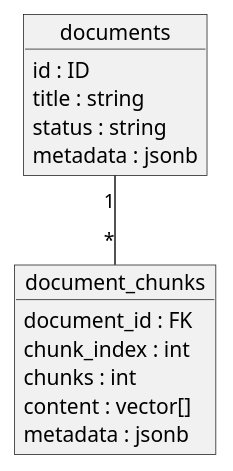
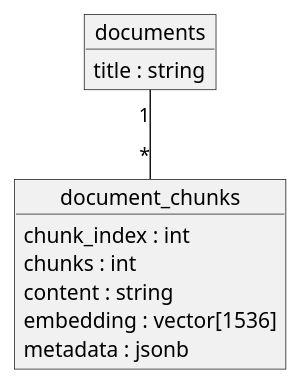
Before and after one commit to qbart/pgvector-example: the diagram in docs/db.plantuml, drawn with PlantUML. The commit also changed 13 other files, not shown here.

```diff
--- a/docs/db.plantuml
+++ b/docs/db.plantuml
@@ -1,17 +1,14 @@
 @startuml
 object documents {
-  id : ID
   title : string
-  status : string
-  metadata : jsonb
 }
 object document_chunks {
-  document_id : FK
   chunk_index : int
   chunks : int
-  content : vector[]
+  content : string
+  embedding : vector[1536]
   metadata : jsonb
 }
 
 documents "1" -- "*" document_chunks
 @enduml
```
